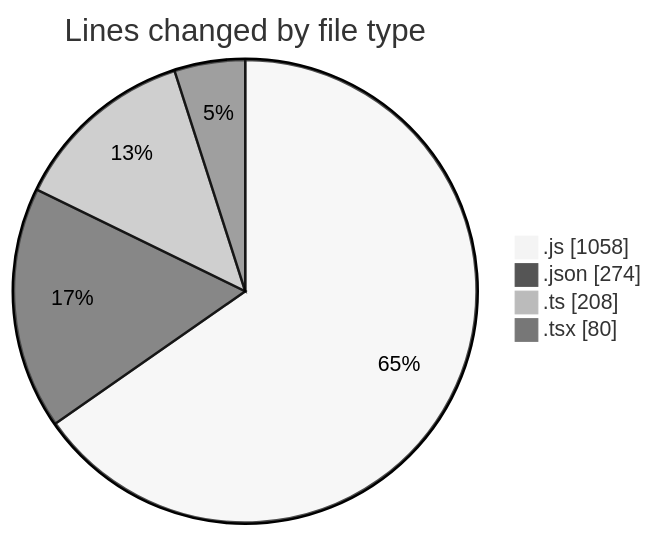
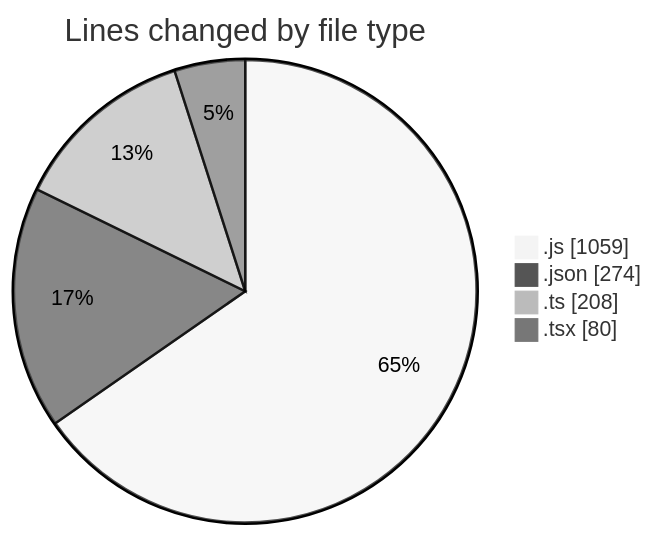
Before and after one commit to momahboobian/code-tracking: the first of 2 diagrams in 2026-04-07/cda/README.md, drawn with Mermaid (neutral theme). The commit also changed other lines of this file and 1 other file, not shown here.

````diff
--- a/2026-04-07/cda/README.md
+++ b/2026-04-07/cda/README.md
@@ -28,8 +28,8 @@
 ```mermaid
 pie showData
 title Lines changed by file type
-".js" : 1058
+".js" : 1059
 ".json" : 274
 ".ts" : 208
 ".tsx" : 80
 ```
````
